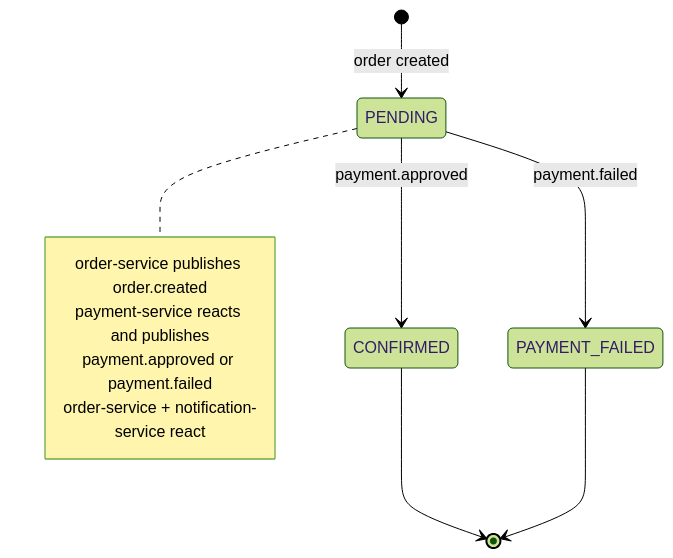
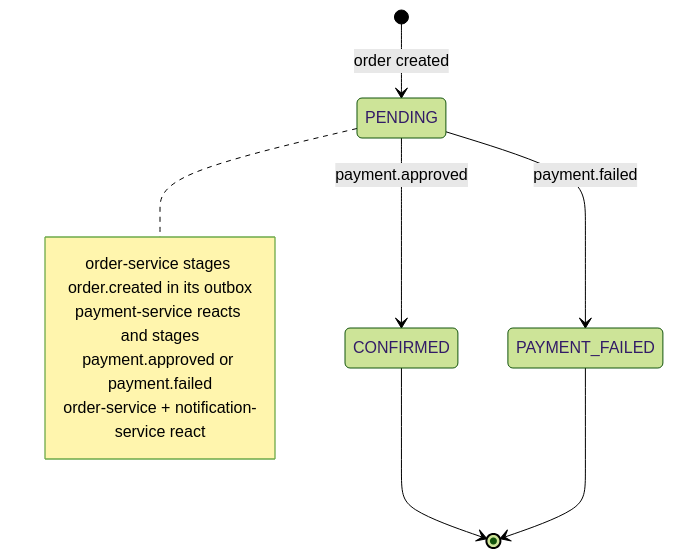
The fourth of 5 diagrams in docs/ARCHITECTURE.md (203marcos/orderhub), drawn with Mermaid (forest theme) before and after one commit. The commit also changed other lines of this file and 2 other files, not shown here.

First line of the commit message:
docs: describe outbox, idempotency, DLT and kraft

````diff
--- a/docs/ARCHITECTURE.md
+++ b/docs/ARCHITECTURE.md
@@ -140,15 +140,15 @@
 ```mermaid
 stateDiagram-v2
     [*] --> PENDING: order created
     PENDING --> CONFIRMED: payment.approved
     PENDING --> PAYMENT_FAILED: payment.failed
     CONFIRMED --> [*]
     PAYMENT_FAILED --> [*]
 
     note right of PENDING
-        order-service publishes order.created
-        payment-service reacts and publishes
+        order-service stages order.created in its outbox
+        payment-service reacts and stages
         payment.approved or payment.failed
         order-service + notification-service react
     end note
 ```
````
